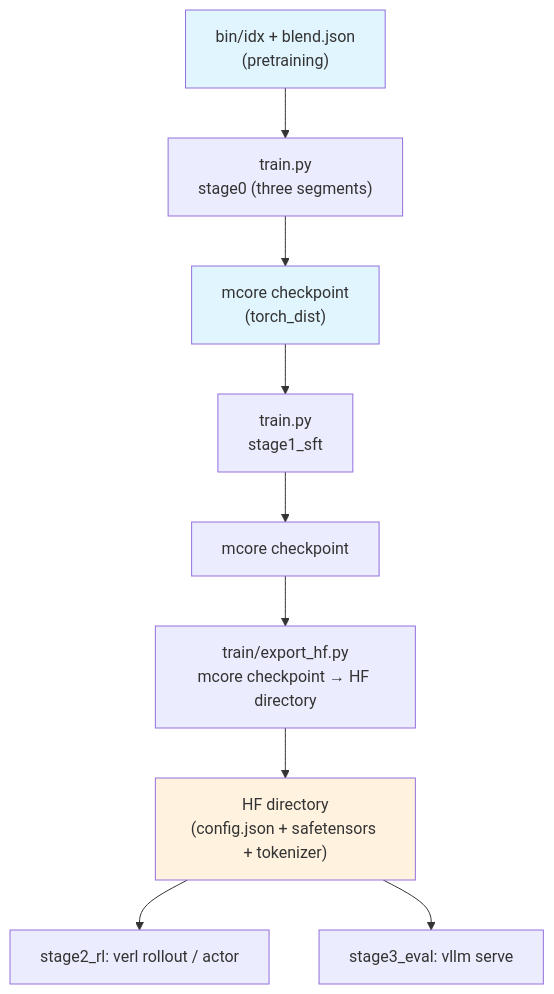
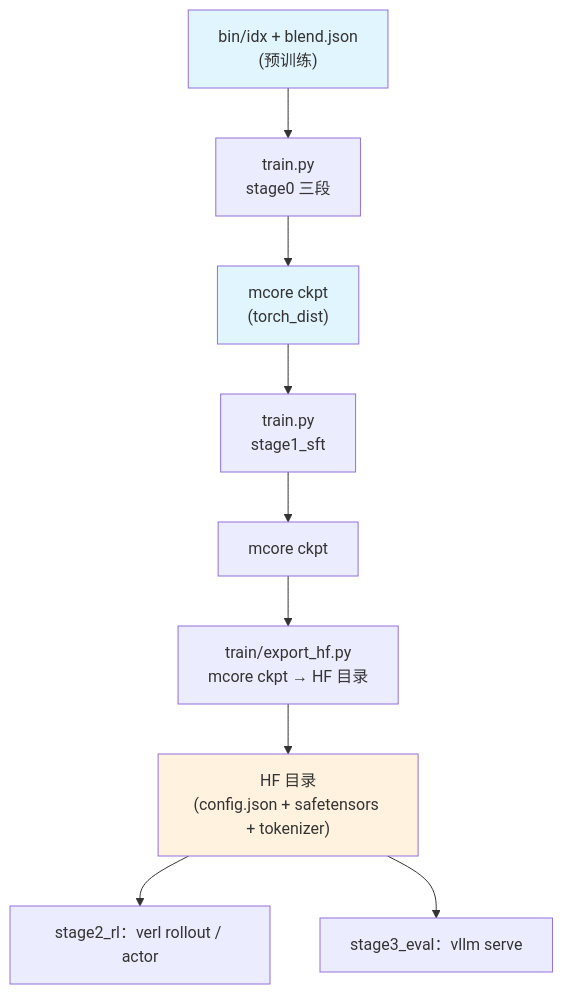
Before and after one commit to zongzhilou/shensi: the second of 2 diagrams in src/shensi/recipes/shensi/README.md, drawn with Mermaid. The commit also changed other lines of this file and 13 other files, not shown here.

````diff
--- a/src/shensi/recipes/shensi/README.md
+++ b/src/shensi/recipes/shensi/README.md
@@ -170,15 +176,14 @@
 ```mermaid
 flowchart TB
-    data["bin/idx + blend.json<br/>(pretraining)"] --> pt["train.py<br/>stage0 (three segments)"]
-    pt --> ckpt["mcore checkpoint<br/>(torch_dist)"]
+    data["bin/idx + blend.json<br/>(预训练)"] --> pt["train.py<br/>stage0 三段"]
+    pt --> ckpt["mcore ckpt<br/>(torch_dist)"]
     ckpt --> sft["train.py<br/>stage1_sft"]
-    sft --> sftckpt["mcore checkpoint"]
-    sftckpt --> exp["train/export_hf.py<br/>mcore checkpoint → HF directory"]
-    exp --> hf["HF directory<br/>(config.json + safetensors + tokenizer)"]
-    hf --> rl["stage2_rl: verl rollout / actor"]
-    hf --> ev["stage3_eval: vllm serve"]
-
+    sft --> sftckpt["mcore ckpt"]
+    sftckpt --> exp["train/export_hf.py<br/>mcore ckpt → HF 目录"]
+    exp --> hf["HF 目录<br/>(config.json + safetensors + tokenizer)"]
+    hf --> rl["stage2_rl：verl rollout / actor"]
+    hf --> ev["stage3_eval：vllm serve"]
     style data fill:#e1f5fe
     style ckpt fill:#e1f5fe
     style hf fill:#fff3e0
 ```
````
